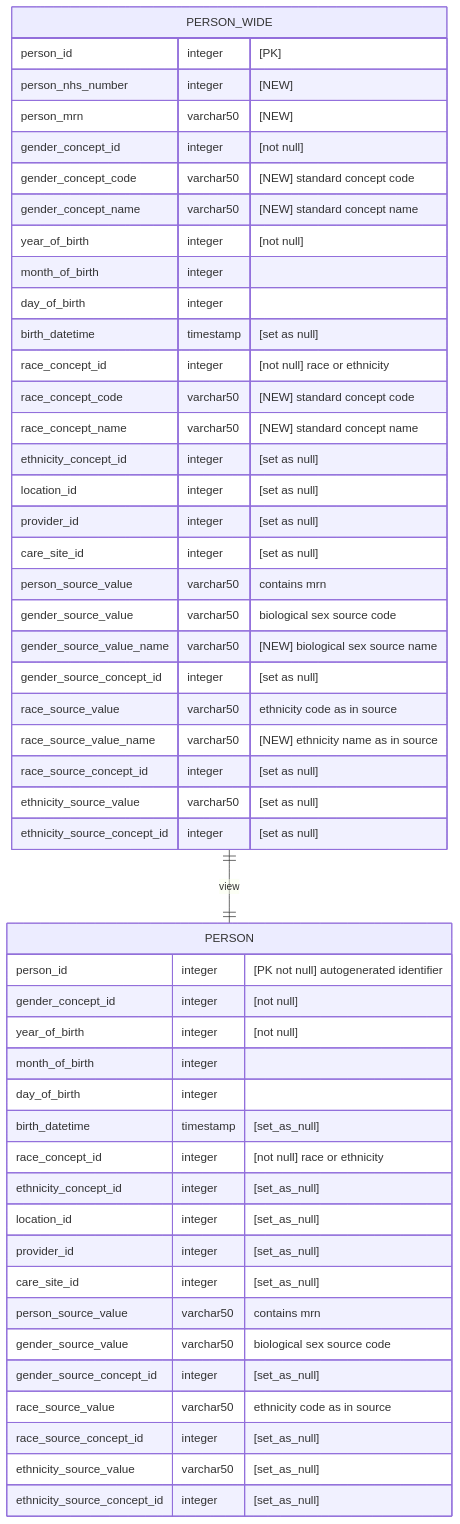
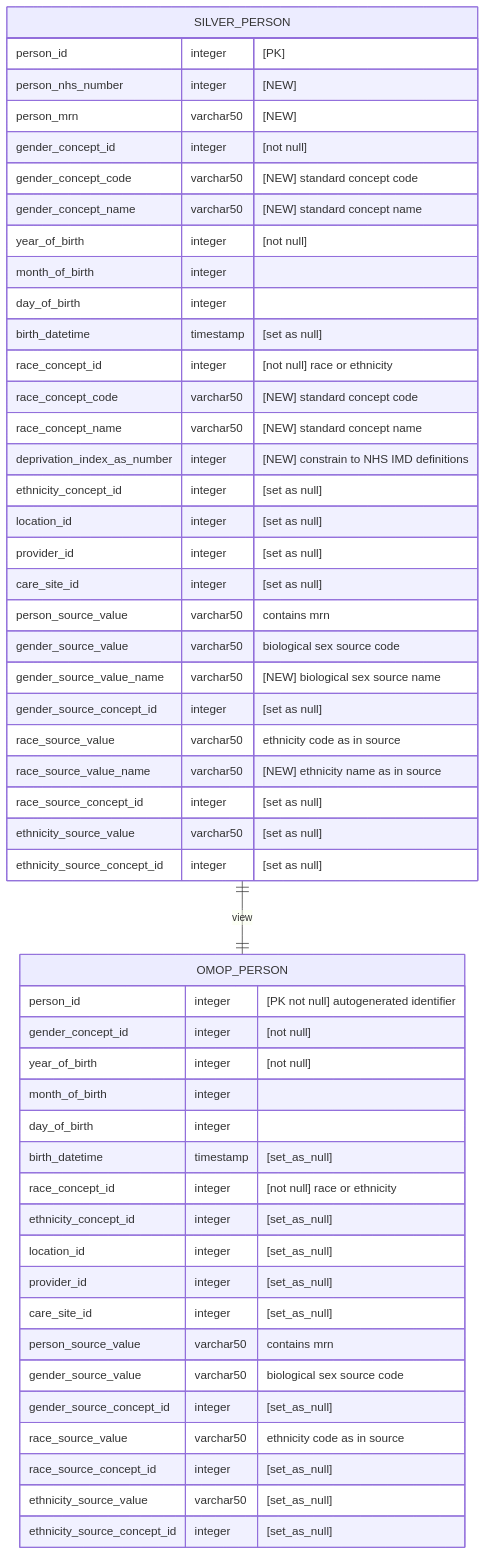
The second of 2 diagrams in table_person.qmd (d3london/sde_aic_external_docs), drawn with Mermaid before and after one commit. The commit also changed other lines of this file and 2 other files, not shown here.

Commit message:
updated person page

````diff
--- a/table_person.qmd
+++ b/table_person.qmd
@@ -41,54 +40,55 @@
 ```{mermaid}
 erDiagram
-    PERSON_WIDE {
+    SILVER_PERSON {
         person_id integer "[PK]"
         person_nhs_number integer "[NEW]"
         person_mrn varchar50 "[NEW]"
         gender_concept_id integer "[not null]"
         gender_concept_code varchar50 "[NEW] standard concept code"
         gender_concept_name varchar50 "[NEW] standard concept name"
         year_of_birth integer "[not null]"
         month_of_birth integer
         day_of_birth integer
         birth_datetime timestamp "[set as null]"
         race_concept_id integer "[not null] race or ethnicity"
         race_concept_code varchar50 "[NEW] standard concept code"
-        race_concept_name varchar50 "[NEW] standard concept name"        
+        race_concept_name varchar50 "[NEW] standard concept name"
+        deprivation_index_as_number integer "[NEW] constrain to NHS IMD definitions"       
         ethnicity_concept_id integer "[set as null]"
         location_id integer "[set as null]"
         provider_id integer "[set as null]"
         care_site_id integer "[set as null]"
         person_source_value varchar50 "contains mrn"
         gender_source_value varchar50 "biological sex source code"
         gender_source_value_name varchar50 "[NEW] biological sex source name"
         gender_source_concept_id integer "[set as null]"
         race_source_value varchar50 "ethnicity code as in source"
         race_source_value_name varchar50 "[NEW] ethnicity name as in source"
         race_source_concept_id integer "[set as null]"
         ethnicity_source_value varchar50 "[set as null]"
         ethnicity_source_concept_id integer "[set as null]"    
     }
 
-PERSON_WIDE ||--|| PERSON: view
+SILVER_PERSON ||--|| OMOP_PERSON: view
 
-    PERSON {
+    OMOP_PERSON {
         person_id integer "[PK not null] autogenerated identifier"
         gender_concept_id integer "[not null]"
         year_of_birth integer "[not null]"
         month_of_birth integer
         day_of_birth integer
         birth_datetime timestamp "[set_as_null]"
         race_concept_id integer "[not null] race or ethnicity"
         ethnicity_concept_id integer "[set_as_null]"
         location_id integer "[set_as_null]"
         provider_id integer "[set_as_null]"
         care_site_id integer "[set_as_null]"
         person_source_value varchar50 "contains mrn"
         gender_source_value varchar50 "biological sex source code"
         gender_source_concept_id integer "[set_as_null]"
         race_source_value varchar50 "ethnicity code as in source"
         race_source_concept_id integer "[set_as_null]"
         ethnicity_source_value varchar50 "[set_as_null]"
         ethnicity_source_concept_id integer "[set_as_null]"
     }
 ```
````
